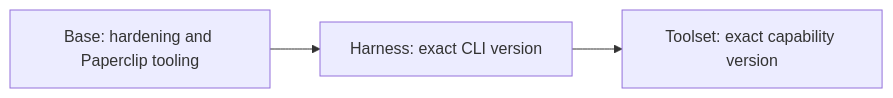
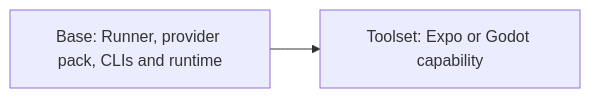
One commit to everlastingcrown/paperclip-sandbox-images changed the diagram in README.md. Above: the diagram before and after it, drawn with Mermaid. The commit also changed other lines of this file and 41 other files, not shown here.

Commit message:
feat: migrate images to use paperclip runner as the harness

````diff
--- a/README.md
+++ b/README.md
@@ -5,5 +5,4 @@
 ```mermaid
 flowchart LR
-  Base[Base: hardening and Paperclip tooling] --> Harness[Harness: exact CLI version]
-  Harness --> Toolset[Toolset: exact capability version]
+  Base[Base: Runner, provider pack, CLIs and runtime] --> Toolset[Toolset: Expo or Godot capability]
 ```
````
